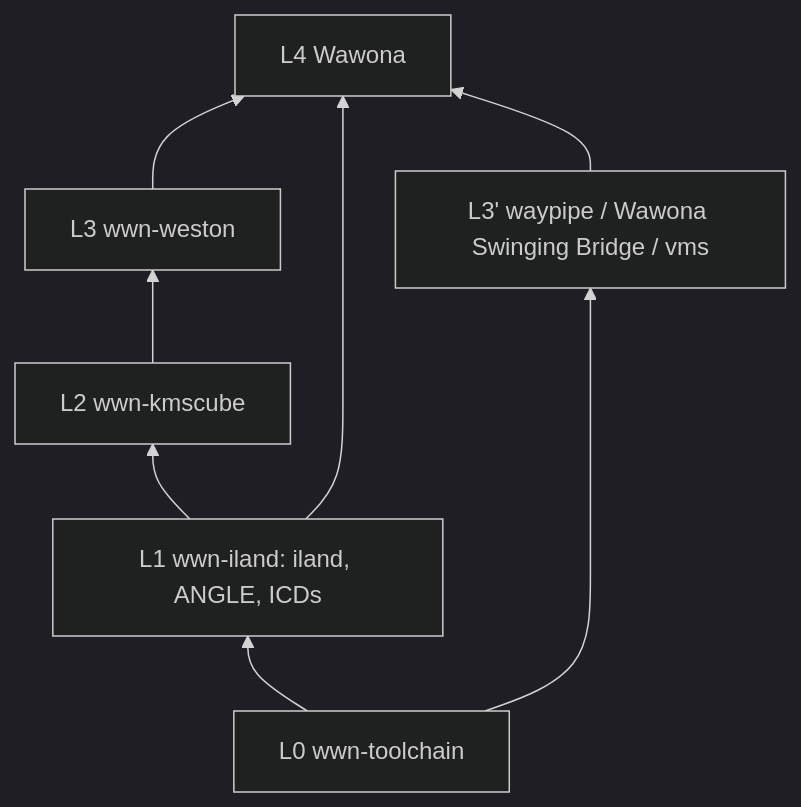
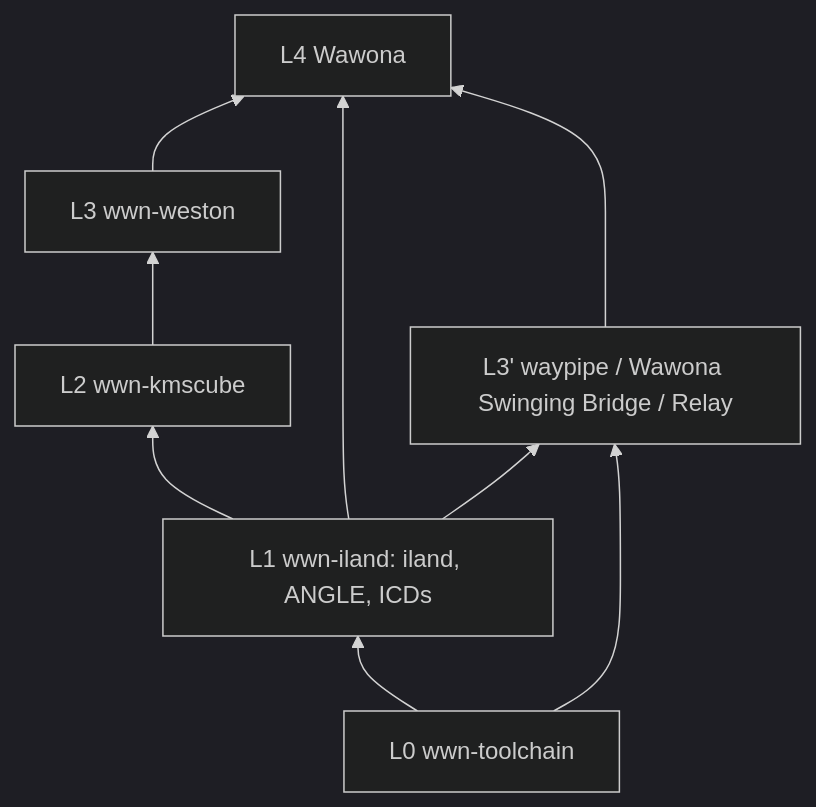
Before and after one commit to Wawona/Wawona: the diagram in docs/wwn-repo-dag.md, drawn with Mermaid (dark theme). The commit also changed other lines of this file and 35 other files, not shown here.

First line of the commit message:
feat: route Machines through Wawona Relay

````diff
--- a/docs/wwn-repo-dag.md
+++ b/docs/wwn-repo-dag.md
@@ -32,12 +32,13 @@
 ```mermaid
 flowchart BT
   tc[L0 wwn-toolchain]
   il[L1 wwn-iland: iland, ANGLE, ICDs]
   km[L2 wwn-kmscube]
   we[L3 wwn-weston]
-  wp[L3' waypipe / Wawona Swinging Bridge / vms]
+  wp[L3' waypipe / Wawona Swinging Bridge / Relay]
   wa[L4 Wawona]
   tc --> il --> km --> we --> wa
   tc --> wp --> wa
   il --> wa
+  il --> wp
 ```
````
